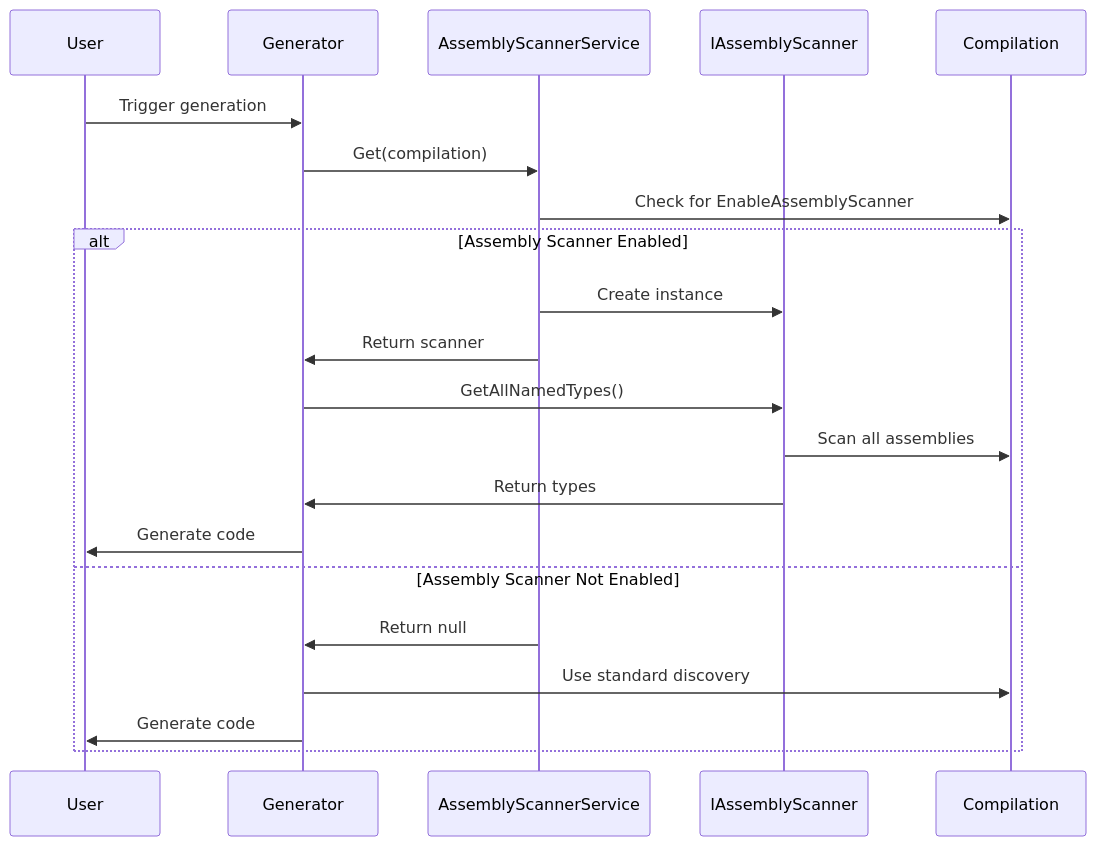
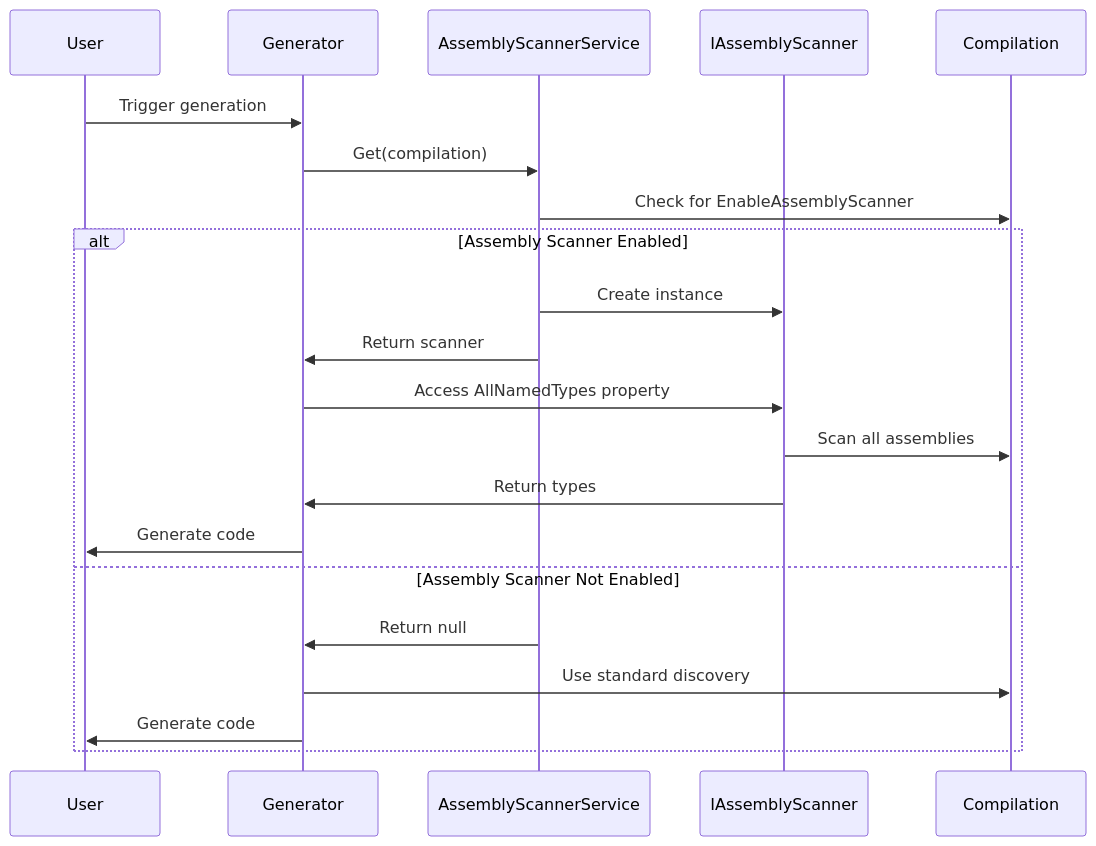
The diagram in docs/AssemblyScannerGuide.md (CyberdineDevelopment/smart-generators), drawn with Mermaid before and after one commit. The commit also changed other lines of this file and 11 other files, not shown here.

````diff
--- a/docs/AssemblyScannerGuide.md
+++ b/docs/AssemblyScannerGuide.md
@@ -25,25 +25,25 @@
 ```mermaid
 sequenceDiagram
     participant User
     participant Generator
     participant AssemblyScannerService
     participant IAssemblyScanner
     participant Compilation
     
     User->>Generator: Trigger generation
     Generator->>AssemblyScannerService: Get(compilation)
     AssemblyScannerService->>Compilation: Check for EnableAssemblyScanner
     
     alt Assembly Scanner Enabled
         AssemblyScannerService->>IAssemblyScanner: Create instance
         AssemblyScannerService->>Generator: Return scanner
-        Generator->>IAssemblyScanner: GetAllNamedTypes()
+        Generator->>IAssemblyScanner: Access AllNamedTypes property
         IAssemblyScanner->>Compilation: Scan all assemblies
         IAssemblyScanner->>Generator: Return types
         Generator->>User: Generate code
     else Assembly Scanner Not Enabled
         AssemblyScannerService->>Generator: Return null
         Generator->>Compilation: Use standard discovery
         Generator->>User: Generate code
     end
 ```
````
